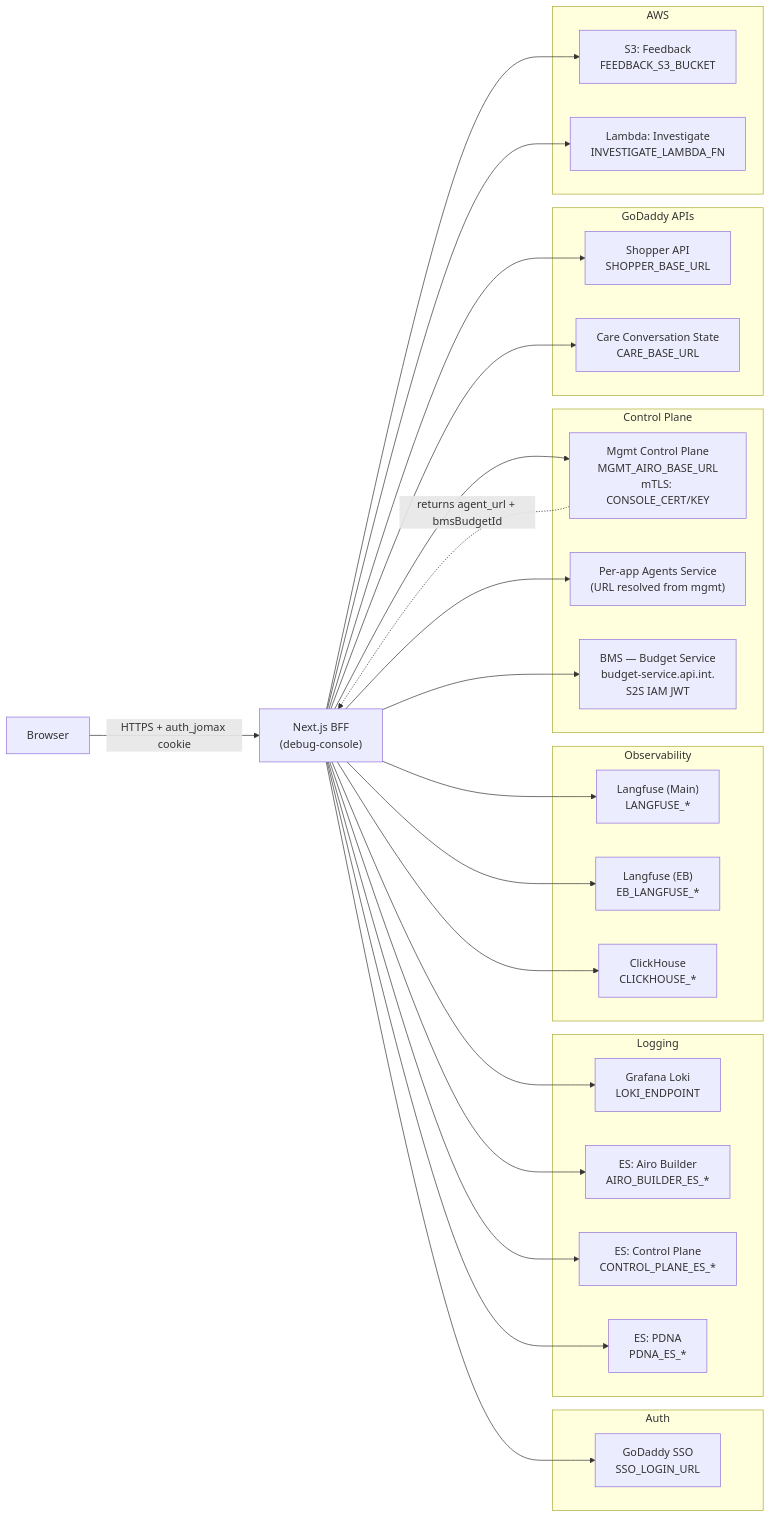
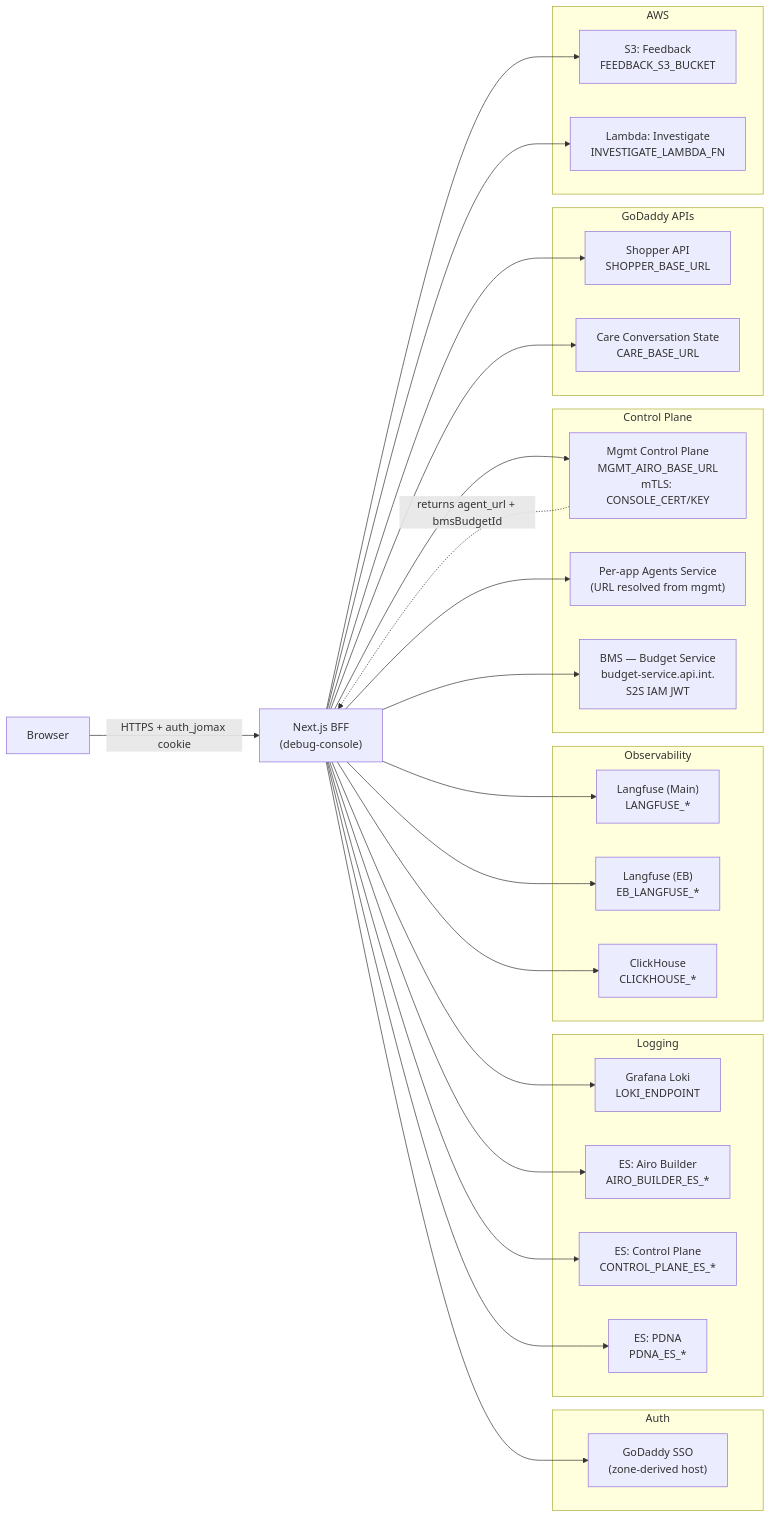
Before and after one commit to hsharif-godaddy/hackathon2026: the first of 7 diagrams in debug-console/ARCHITECTURE.md, drawn with Mermaid. The commit also changed other lines of this file and 12 other files, not shown here.

First line of the commit message:
debug-console: migrate local dev to gdcorp.tools + modern SSO URL format (#4655)

````diff
--- a/debug-console/ARCHITECTURE.md
+++ b/debug-console/ARCHITECTURE.md
@@ -175,56 +175,56 @@
 ```mermaid
 flowchart LR
     Browser["Browser"]
     BFF["Next.js BFF\n(debug-console)"]
 
     subgraph Auth
-        SSO["GoDaddy SSO\nSSO_LOGIN_URL"]
+        SSO["GoDaddy SSO\n(zone-derived host)"]
     end
 
     subgraph Logging
         Loki["Grafana Loki\nLOKI_ENDPOINT"]
         ESAiro["ES: Airo Builder\nAIRO_BUILDER_ES_*"]
         ESCP["ES: Control Plane\nCONTROL_PLANE_ES_*"]
         ESPDNA["ES: PDNA\nPDNA_ES_*"]
     end
 
     subgraph Observability
         LF["Langfuse (Main)\nLANGFUSE_*"]
         LFEB["Langfuse (EB)\nEB_LANGFUSE_*"]
         CH["ClickHouse\nCLICKHOUSE_*"]
     end
 
     subgraph "Control Plane"
         Mgmt["Mgmt Control Plane\nMGMT_AIRO_BASE_URL\nmTLS: CONSOLE_CERT/KEY"]
         Agents["Per-app Agents Service\n(URL resolved from mgmt)"]
         BMS["BMS — Budget Service\nbudget-service.api.int.<rootDomain>\nS2S IAM JWT"]
     end
 
     subgraph "GoDaddy APIs"
         Shopper["Shopper API\nSHOPPER_BASE_URL"]
         Care["Care Conversation State\nCARE_BASE_URL"]
     end
 
     subgraph AWS
         S3["S3: Feedback\nFEEDBACK_S3_BUCKET"]
         Lambda["Lambda: Investigate\nINVESTIGATE_LAMBDA_FN"]
     end
 
     Browser -->|"HTTPS + auth_jomax cookie"| BFF
     BFF --> SSO
     BFF --> Loki
     BFF --> ESAiro
     BFF --> ESCP
     BFF --> ESPDNA
     BFF --> LF
     BFF --> LFEB
     BFF --> CH
     BFF --> Mgmt
     Mgmt -.->|"returns agent_url + bmsBudgetId"| BFF
     BFF --> Agents
     BFF --> BMS
     BFF --> Shopper
     BFF --> Care
     BFF --> S3
     BFF --> Lambda
 ```
````
